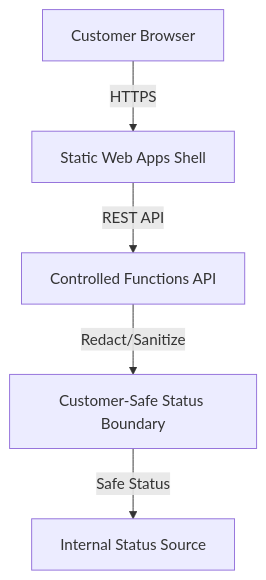
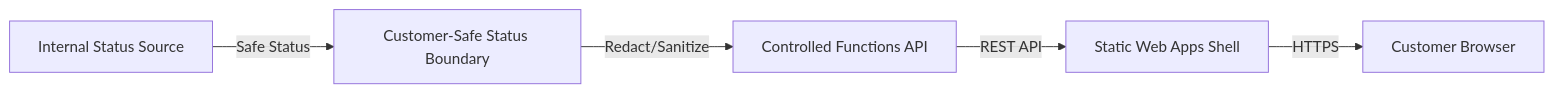
The diagram in building-blocks/portals/static-status-portal/README.md (wildersa/azure_ref_kit), drawn with Mermaid before and after one commit. The commit also changed other lines of this file and 1 other file, not shown here.

Commit message:
[PORTAL-001] Fix Mermaid flow direction and satisfy contract tests
- Reoriented Mermaid flow in README.md to show data moving from Source to Customer.
- Added security_boundary and customer_safe_boundary fields to module.yaml to pass contract tests.
- Maintained docs-only scope as per P0 criteria.

````diff
--- a/building-blocks/portals/static-status-portal/README.md
+++ b/building-blocks/portals/static-status-portal/README.md
@@ -13,7 +13,7 @@
 ```mermaid
-flowchart TD
-    Customer[Customer Browser] -->|HTTPS| SWA[Static Web Apps Shell]
-    SWA -->|REST API| Func[Controlled Functions API]
-    Func -->|Redact/Sanitize| Boundary[Customer-Safe Status Boundary]
-    Boundary -->|Safe Status| Source[Internal Status Source]
+flowchart LR
+    Source[Internal Status Source] -->|Safe Status| Boundary[Customer-Safe Status Boundary]
+    Boundary -->|Redact/Sanitize| Func[Controlled Functions API]
+    Func -->|REST API| SWA[Static Web Apps Shell]
+    SWA -->|HTTPS| Customer[Customer Browser]
 ```
````
